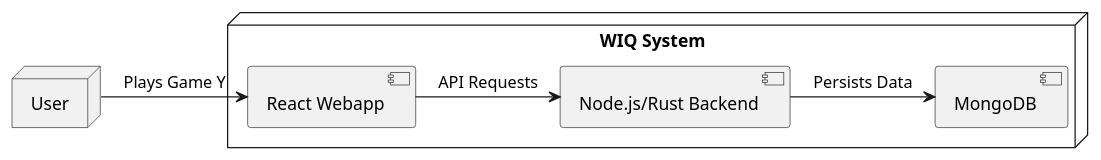
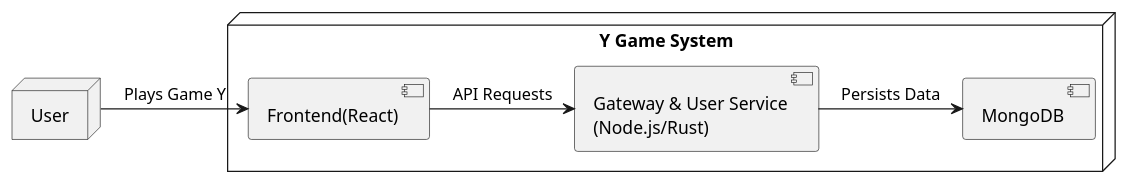
The first of 3 diagrams in docs/src/05_building_block_view.adoc (Arquisoft/yovi_en1c), drawn with PlantUML before and after one commit. The commit also changed other lines of this file, not shown here.

Commit message:
docs: finalize building block view for y Game

```diff
--- a/docs/src/05_building_block_view.adoc
+++ b/docs/src/05_building_block_view.adoc
@@ -15,12 +15,12 @@
 [plantuml, "level-1-diagram", svg]
 ----
 node "User" as user
-node "WIQ System" {
-    component [React Webapp] as webapp
-    component [Node.js/Rust Backend] as backend
+node "Y Game System" {
+    component [Frontend(React)] as webapp
+    component [Gateway & User Service\n(Node.js/Rust)] as backend
     database [MongoDB] as db
 }
 user -> webapp : Plays Game Y
 webapp -> backend : API Requests
 backend -> db : Persists Data
 ----
```
